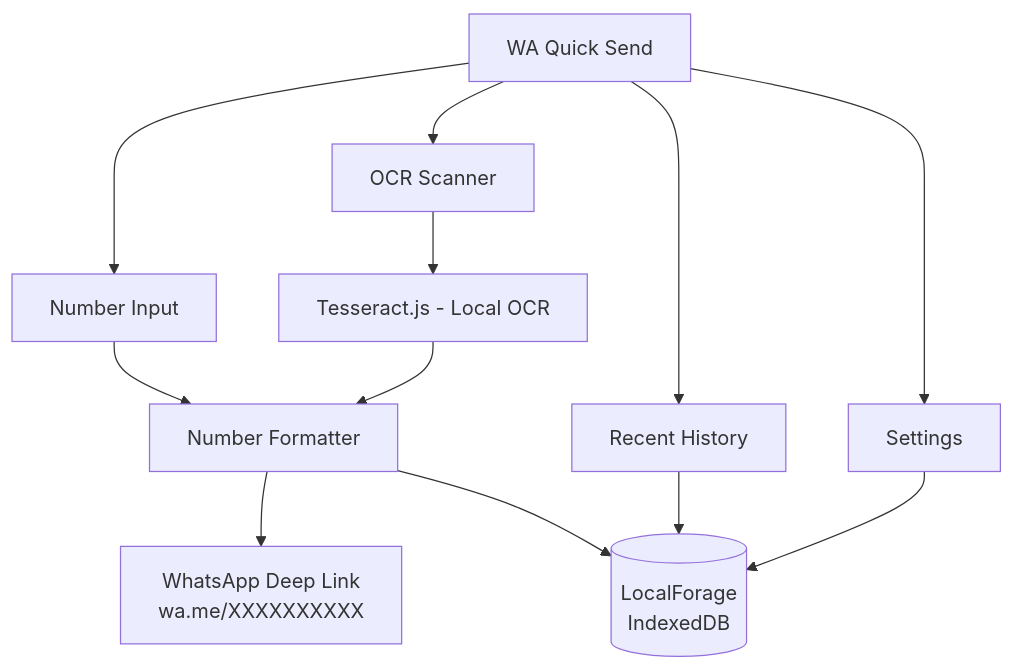
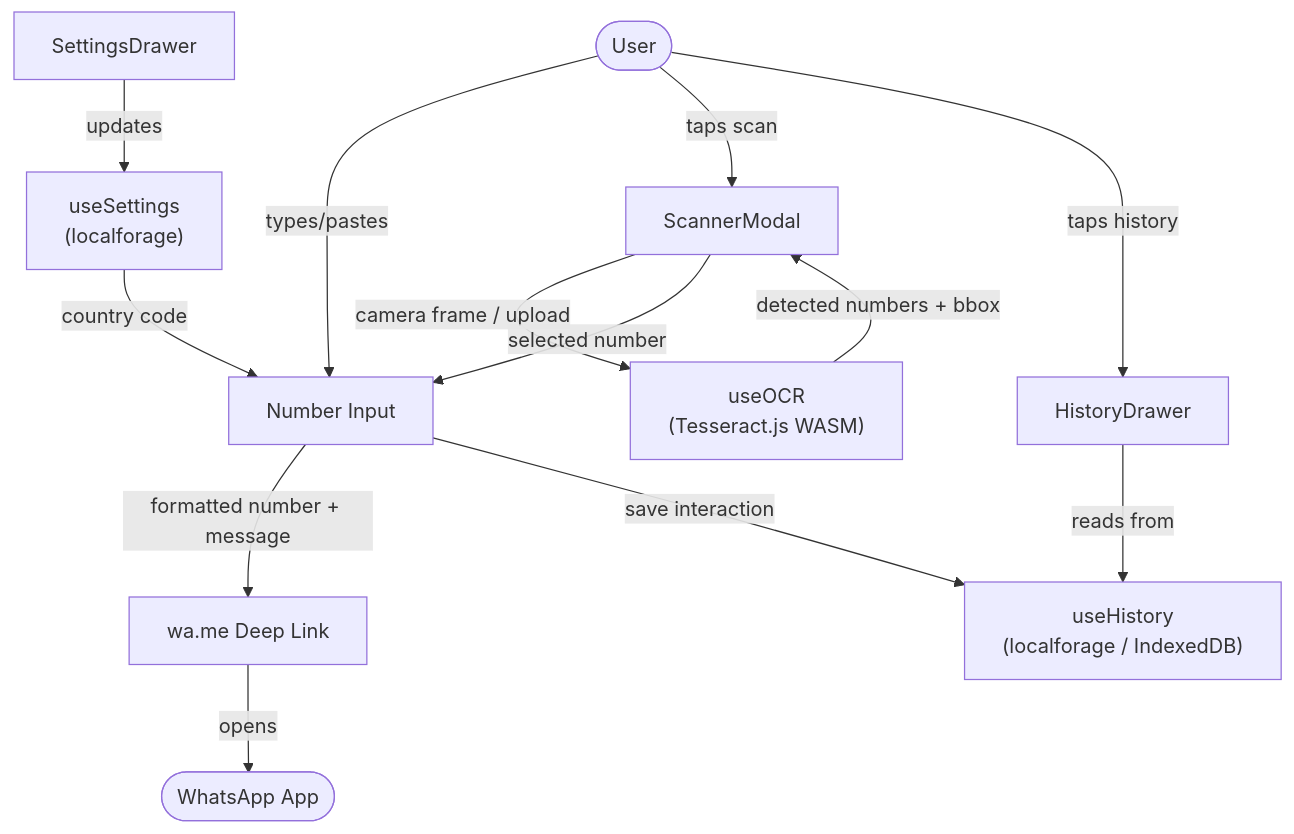
Before and after one commit to sumitrawat2417/whatsapp-quick-send: the diagram in README.md, drawn with Mermaid. The commit also changed other lines of this file, not shown here.

Commit message:
docs: complete professional README with screenshots, architecture, Live Text, mobile install guide

````diff
--- a/README.md
+++ b/README.md
@@ -56,17 +119,19 @@
 ```mermaid
-graph TD
-    App[WA Quick Send] --> Input[Number Input]
-    App --> Scanner[OCR Scanner]
-    App --> History[Recent History]
-    App --> Settings[Settings]
+flowchart TD
+    U([User]) -- types/pastes --> NI[Number Input]
+    U -- taps scan --> SM[ScannerModal]
+    U -- taps history --> HD[HistoryDrawer]
 
-    Input --> Formatter[Number Formatter]
-    Scanner --> Tesseract[Tesseract.js - Local OCR]
+    SM -- camera frame / upload --> OCR["useOCR\n(Tesseract.js WASM)"]
+    OCR -- detected numbers + bbox --> SM
+    SM -- selected number --> NI
 
-    Formatter --> DeepLink["WhatsApp Deep Link\nwa.me/XXXXXXXXXX"]
-    Tesseract --> Formatter
+    NI -- formatted number + message --> DL["wa.me Deep Link"]
+    DL -- opens --> WA([WhatsApp App])
 
-    History --> LocalForage[(LocalForage\nIndexedDB)]
-    Formatter --> LocalForage
-    Settings --> LocalForage
+    NI -- save interaction --> UH["useHistory\n(localforage / IndexedDB)"]
+    HD -- reads from --> UH
+
+    US["useSettings\n(localforage)"] -- country code --> NI
+    SD[SettingsDrawer] -- updates --> US
 ```
````
